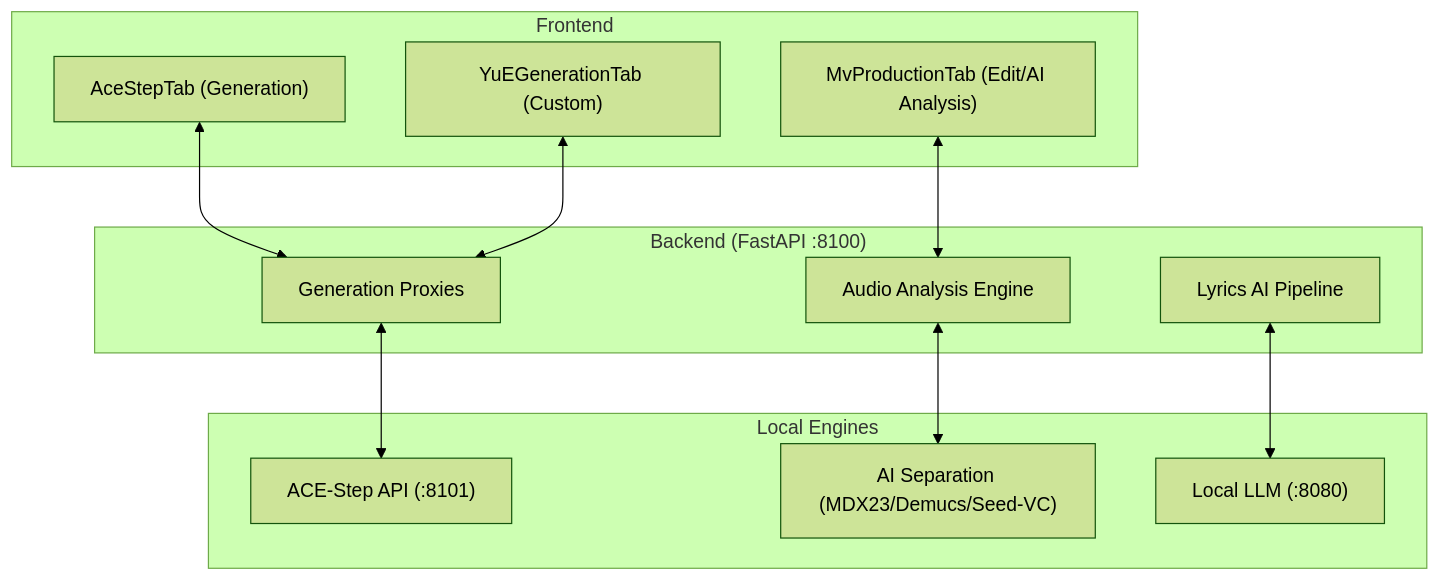
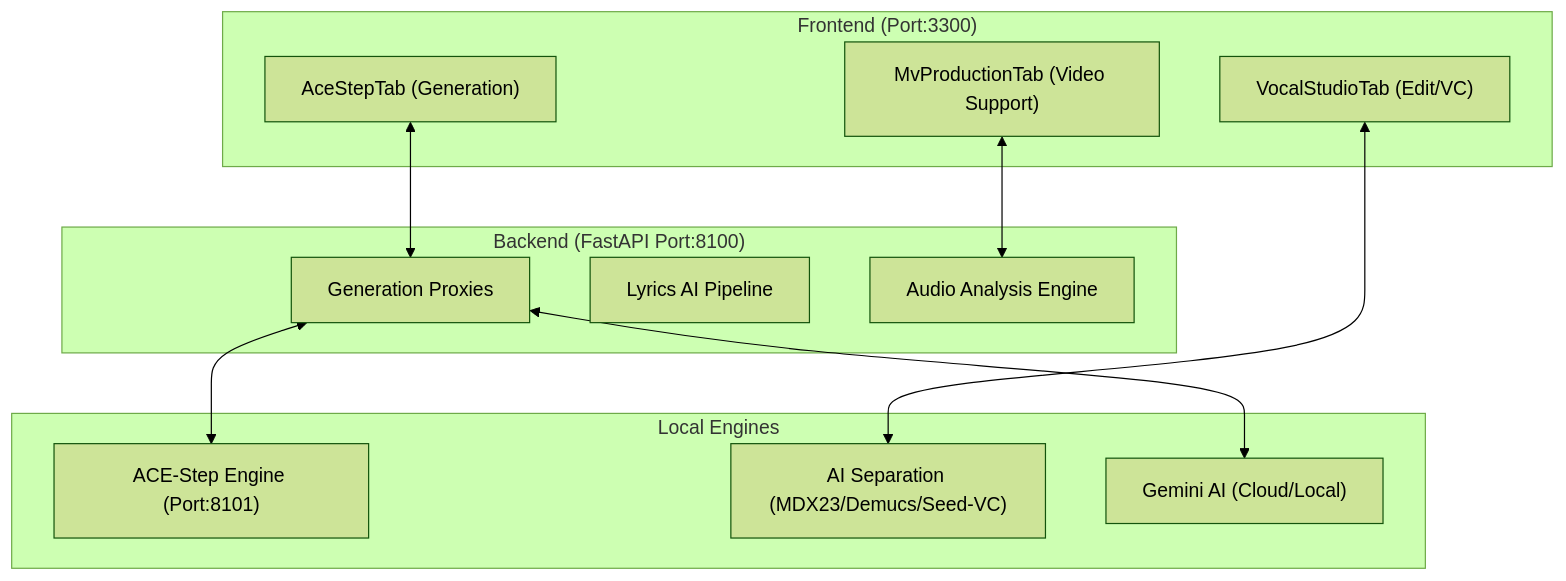
One commit to igashira0324/suno-support changed the diagram in README.md. Above: the diagram before and after it, drawn with Mermaid (forest theme). The commit also changed other lines of this file and 11 other files, not shown here.

Commit message:
Upgrade Gemini API to Gemini 3 series, fix model mapping, and harden startup scripts

````diff
--- a/README.md
+++ b/README.md
@@ -63,25 +41,25 @@
 ```mermaid
 graph TB
-    subgraph "Frontend"
+    subgraph "Frontend (Port:3300)"
         A["AceStepTab (Generation)"]
-        B["MvProductionTab (Edit/AI Analysis)"]
-        C["YuEGenerationTab (Custom)"]
+        B["VocalStudioTab (Edit/VC)"]
+        C["MvProductionTab (Video Support)"]
     end
 
-    subgraph "Backend (FastAPI :8100)"
+    subgraph "Backend (FastAPI Port:8100)"
         D["Generation Proxies"]
         E["Lyrics AI Pipeline"]
         F["Audio Analysis Engine"]
     end
 
     subgraph "Local Engines"
-        G["ACE-Step API (:8101)"]
+        G["ACE-Step Engine (Port:8101)"]
         H["AI Separation (MDX23/Demucs/Seed-VC)"]
-        I["Local LLM (:8080)"]
+        I["Gemini AI (Cloud/Local)"]
     end
 
     A <--> D <--> G
-    B <--> F <--> H
-    C <--> D
-    E <--> I
+    B <--> H
+    C <--> F
+    D <--> I
 ```
````
